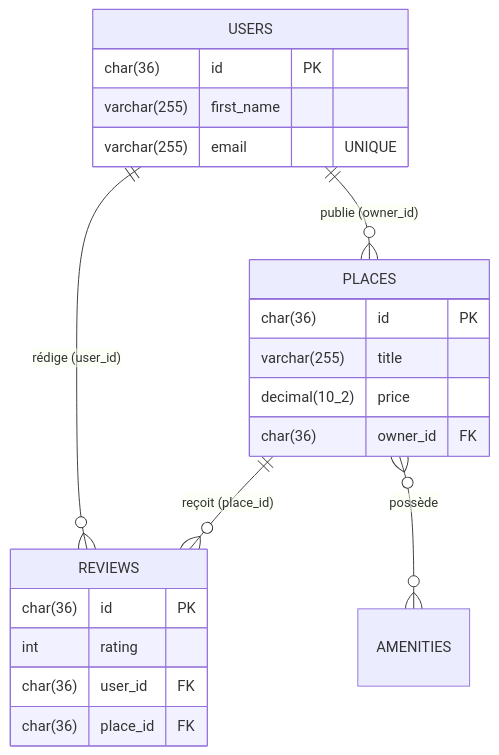
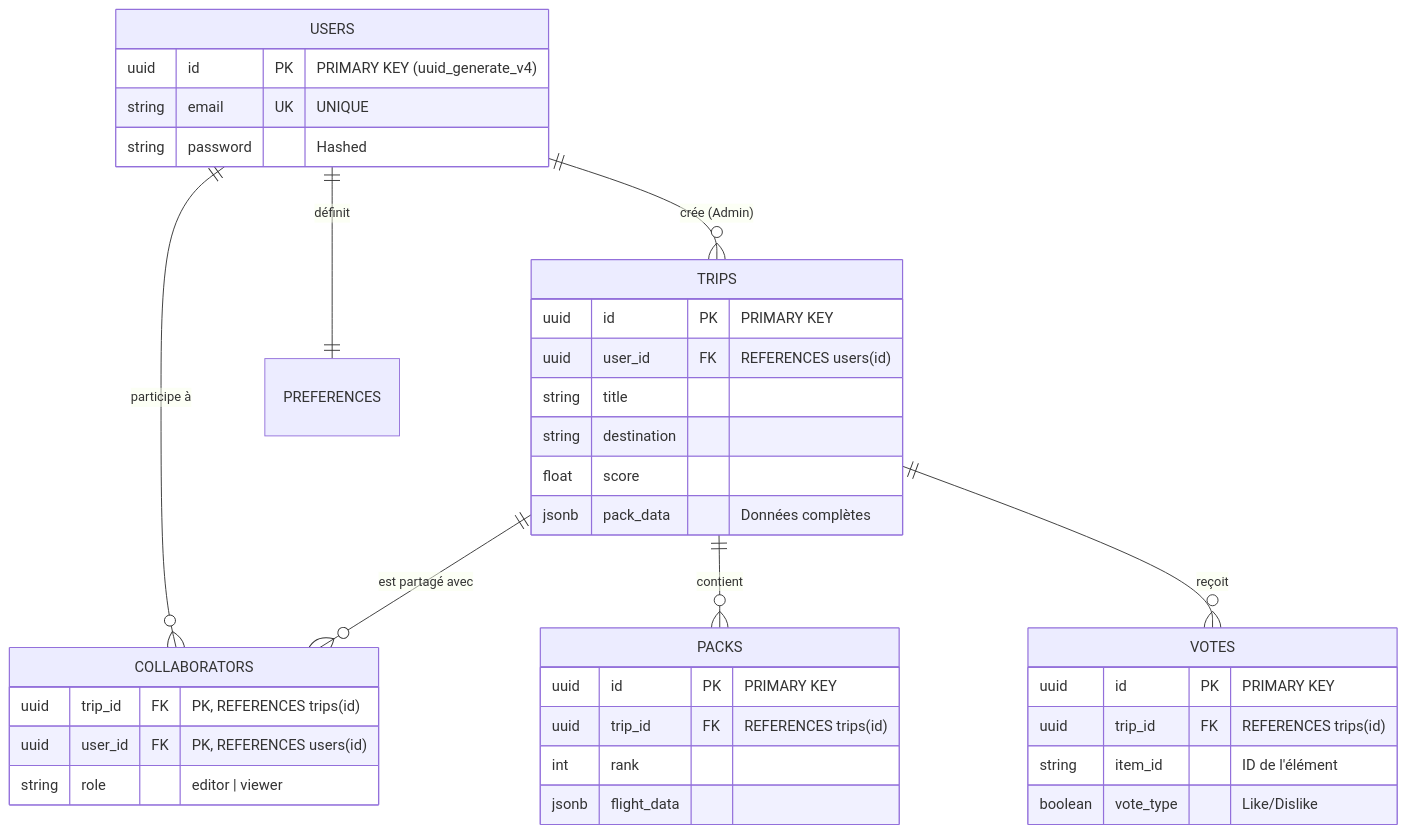
One commit to loties1533/tripgenie changed the diagram in Dossier_Professionnel_V1.md. Above: the diagram before and after it, drawn with Mermaid. The commit also changed other lines of this file, not shown here.

Commit message:
docs: replace old HBnB dossier with the final TripGenie Dossier Professionnel

````diff
--- a/Dossier_Professionnel_V1.md
+++ b/Dossier_Professionnel_V1.md
@@ -86,25 +57,44 @@
 ```mermaid
 erDiagram
-    USERS ||--o{ PLACES : "publie (owner_id)"
-    USERS ||--o{ REVIEWS : "rédige (user_id)"
-    PLACES ||--o{ REVIEWS : "reçoit (place_id)"
-    PLACES }o--o{ AMENITIES : "possède"
+    USERS ||--o{ TRIPS : "crée (Admin)"
+    USERS ||--o{ COLLABORATORS : "participe à"
+    TRIPS ||--o{ COLLABORATORS : "est partagé avec"
+    USERS ||--|| PREFERENCES : "définit"
+    TRIPS ||--o{ PACKS : "contient"
+    TRIPS ||--o{ VOTES : "reçoit"
+
+    COLLABORATORS {
+        uuid trip_id FK "PK, REFERENCES trips(id)"
+        uuid user_id FK "PK, REFERENCES users(id)"
+        string role "editor | viewer"
+    }
 
     USERS {
-        char(36) id PK
-        varchar(255) first_name
-        varchar(255) email "UNIQUE"
+        uuid id PK "PRIMARY KEY (uuid_generate_v4)"
+        string email UK "UNIQUE"
+        string password "Hashed"
     }
-    PLACES {
-        char(36) id PK
-        varchar(255) title
-        decimal(10_2) price
-        char(36) owner_id FK
+
+    TRIPS {
+        uuid id PK "PRIMARY KEY"
+        uuid user_id FK "REFERENCES users(id)"
+        string title
+        string destination
+        float score
+        jsonb pack_data "Données complètes"
     }
-    REVIEWS {
-        char(36) id PK
-        int rating
-        char(36) user_id FK
-        char(36) place_id FK
+
+    PACKS {
+        uuid id PK "PRIMARY KEY"
+        uuid trip_id FK "REFERENCES trips(id)"
+        int rank
+        jsonb flight_data
+    }
+
+    VOTES {
+        uuid id PK "PRIMARY KEY"
+        uuid trip_id FK "REFERENCES trips(id)"
+        string item_id "ID de l'élément"
+        boolean vote_type "Like/Dislike"
     }
 ```
````
